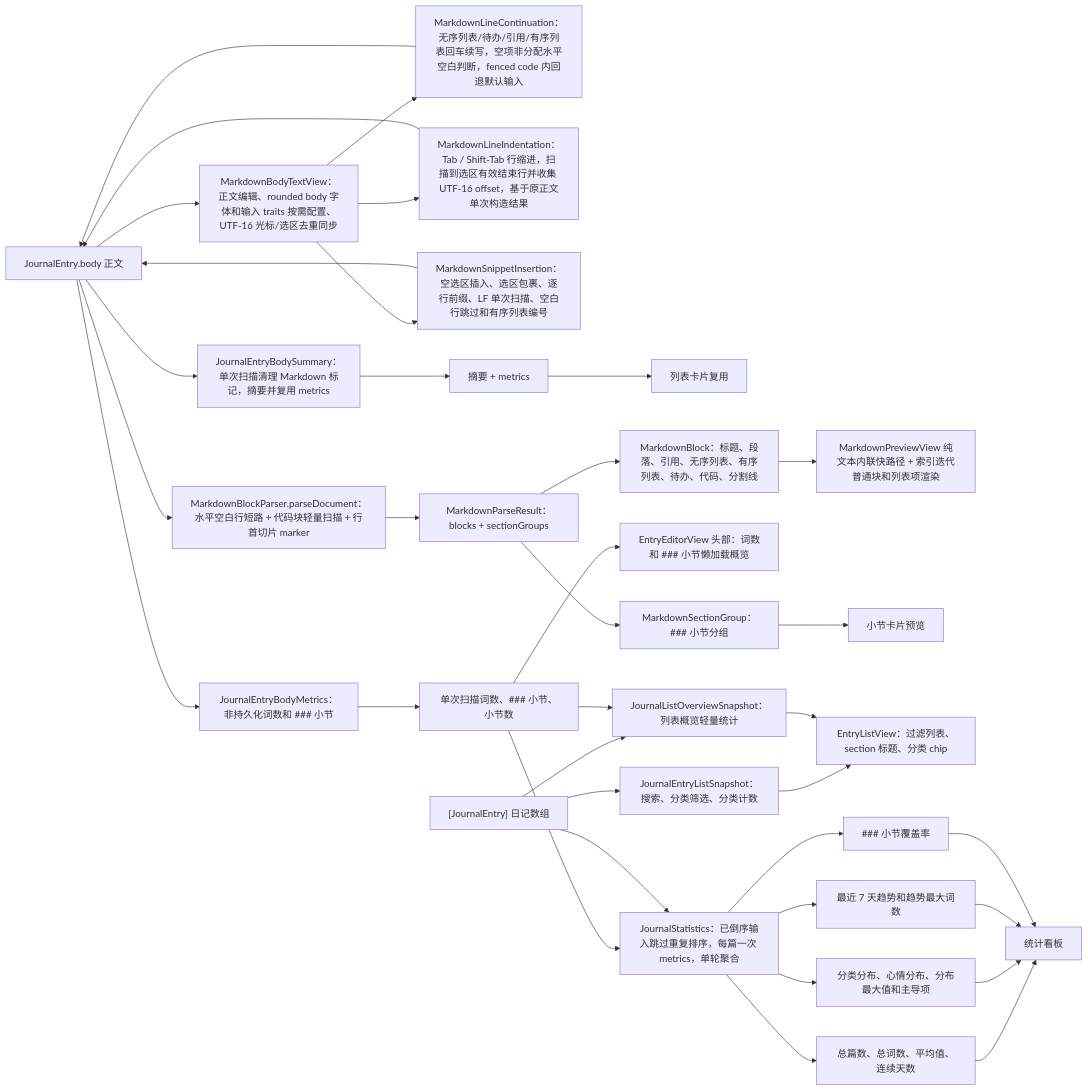
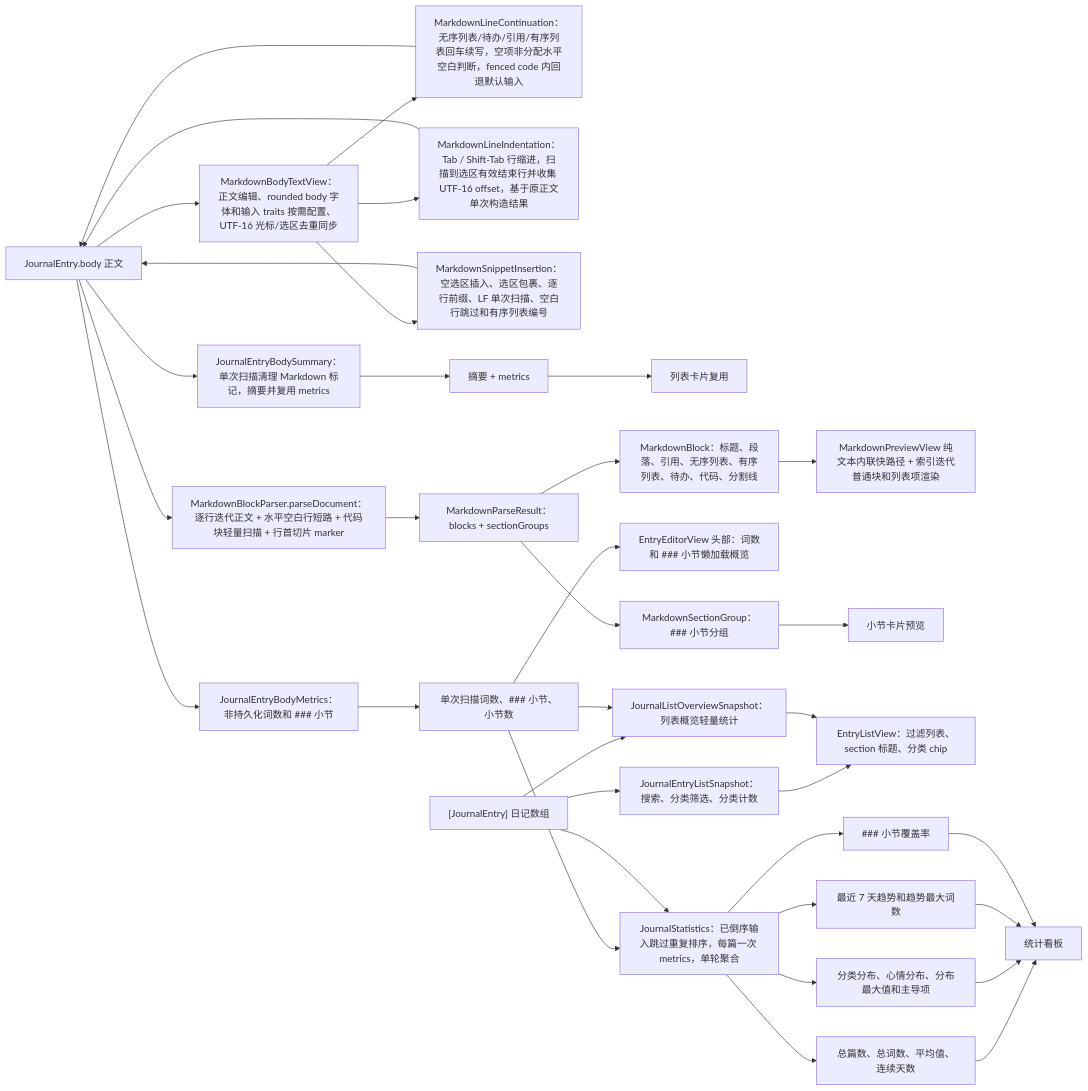
The fourth of 6 diagrams in md/flow/flowchart.md (Altman-sam114/117), drawn with Mermaid before and after one commit. The commit also changed other lines of this file and 8 other files, not shown here.

````diff
--- a/md/flow/flowchart.md
+++ b/md/flow/flowchart.md
@@ -123,37 +123,37 @@
 ```mermaid
 flowchart LR
   Body["JournalEntry.body 正文"] --> MetricsNode2["JournalEntryBodyMetrics：非持久化词数和 ### 小节"]
   Body --> Summary["JournalEntryBodySummary：单次扫描清理 Markdown 标记，摘要并复用 metrics"]
   Body --> BodyText["MarkdownBodyTextView：正文编辑、rounded body 字体和输入 traits 按需配置、UTF-16 光标/选区去重同步"]
   BodyText --> ContinueRule["MarkdownLineContinuation：无序列表/待办/引用/有序列表回车续写，空项非分配水平空白判断，fenced code 内回退默认输入"]
   ContinueRule --> Body
   BodyText --> IndentRule["MarkdownLineIndentation：Tab / Shift-Tab 行缩进，扫描到选区有效结束行并收集 UTF-16 offset，基于原正文单次构造结果"]
   IndentRule --> Body
   BodyText --> InsertRule["MarkdownSnippetInsertion：空选区插入、选区包裹、逐行前缀、LF 单次扫描、空白行跳过和有序列表编号"]
   InsertRule --> Body
   MetricsNode2 --> MetricsData["单次扫描词数、### 小节、小节数"]
   Summary --> Excerpt["摘要 + metrics"]
   Excerpt --> RowEditor["列表卡片复用"]
   MetricsData --> Statistics["JournalStatistics：已倒序输入跳过重复排序，每篇一次 metrics，单轮聚合"]
   MetricsData --> EditorHeader["EntryEditorView 头部：词数和 ### 小节懒加载概览"]
-  Body --> Parse["MarkdownBlockParser.parseDocument：水平空白行短路 + 代码块轻量扫描 + 行首切片 marker"]
+  Body --> Parse["MarkdownBlockParser.parseDocument：逐行迭代正文 + 水平空白行短路 + 代码块轻量扫描 + 行首切片 marker"]
   Parse --> Result["MarkdownParseResult：blocks + sectionGroups"]
   Result --> Blocks["MarkdownBlock：标题、段落、引用、无序列表、有序列表、待办、代码、分割线"]
   Blocks --> Preview["MarkdownPreviewView 纯文本内联快路径 + 索引迭代普通块和列表项渲染"]
   Result --> Sections["MarkdownSectionGroup：### 小节分组"]
   Sections --> SectionPreview["小节卡片预览"]
   Entries["[JournalEntry] 日记数组"] --> Statistics
   Entries --> ListSnapshot2["JournalEntryListSnapshot：搜索、分类筛选、分类计数"]
   ListSnapshot2 --> ListView["EntryListView：过滤列表、section 标题、分类 chip"]
   Entries --> ListOverview2["JournalListOverviewSnapshot：列表概览轻量统计"]
   MetricsData --> ListOverview2
   ListOverview2 --> ListView
   Statistics --> Metrics["总篇数、总词数、平均值、连续天数"]
   Statistics --> Distributions["分类分布、心情分布、分布最大值和主导项"]
   Statistics --> Trend["最近 7 天趋势和趋势最大词数"]
   Statistics --> Coverage["### 小节覆盖率"]
   Metrics --> Dashboard["统计看板"]
   Distributions --> Dashboard
   Trend --> Dashboard
   Coverage --> Dashboard
 ```
````
